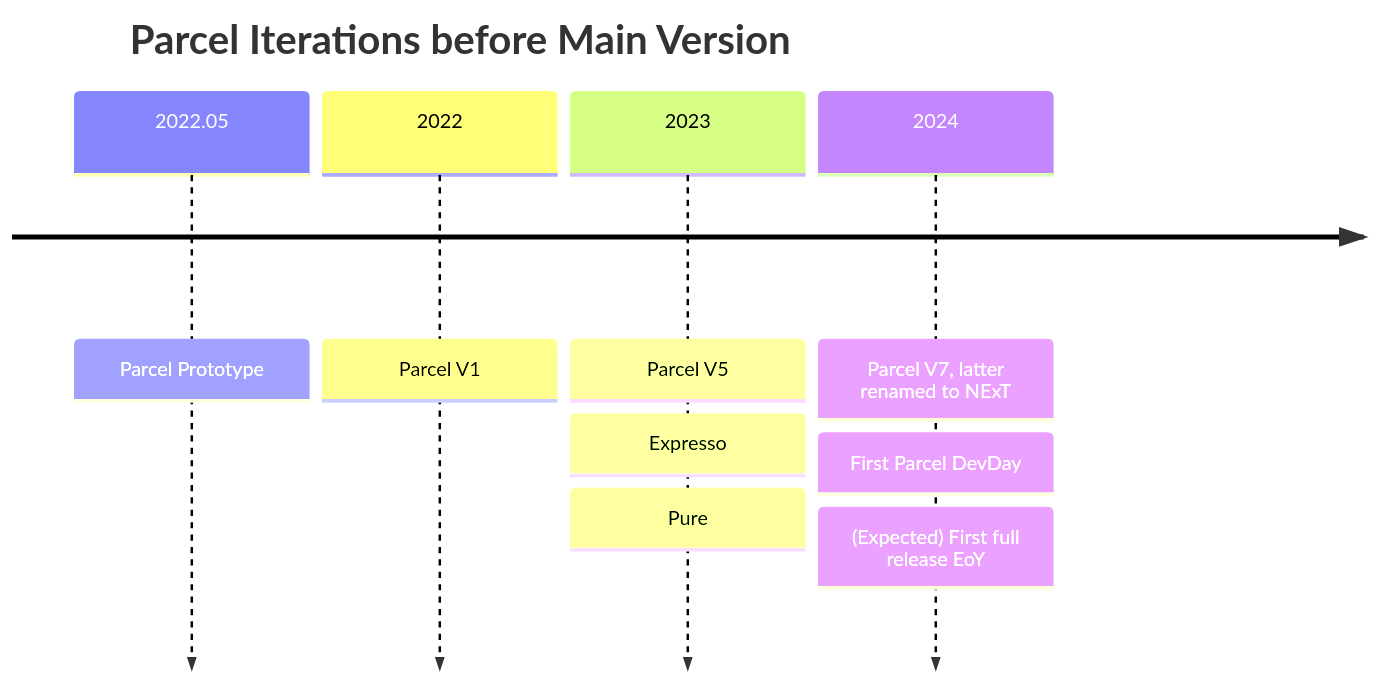
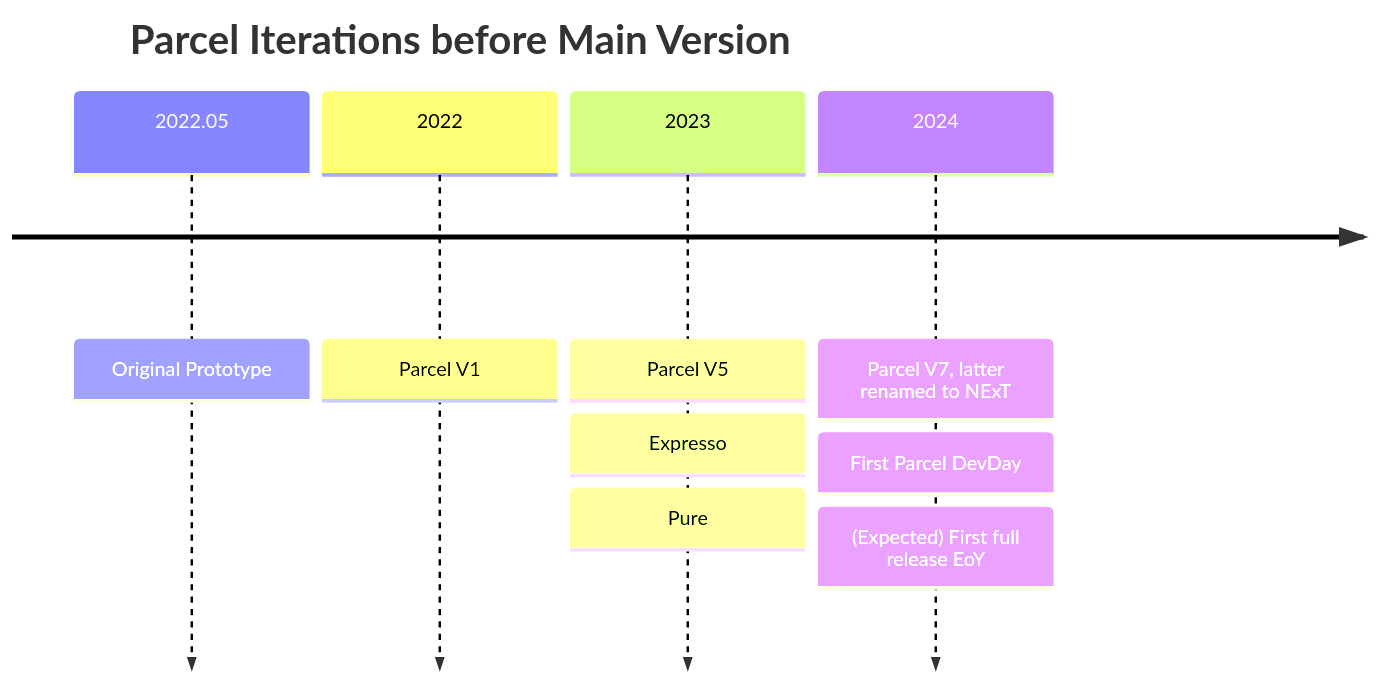
The diagram in profile/README.md (Methodox-Technologies/.github), drawn with Mermaid before and after one commit.

````diff
--- a/profile/README.md
+++ b/profile/README.md
@@ -51,16 +51,16 @@
 ```mermaid
 timeline
 title Parcel Iterations before Main Version
   2022.05
-    : Parcel Prototype
+    : Original Prototype
   2022
     : Parcel V1
   2023
     : Parcel V5
     : Expresso
     : Pure
   2024
     : Parcel V7, latter renamed to NExT
     : First Parcel DevDay
     : (Expected) First full release EoY
 ```
````
